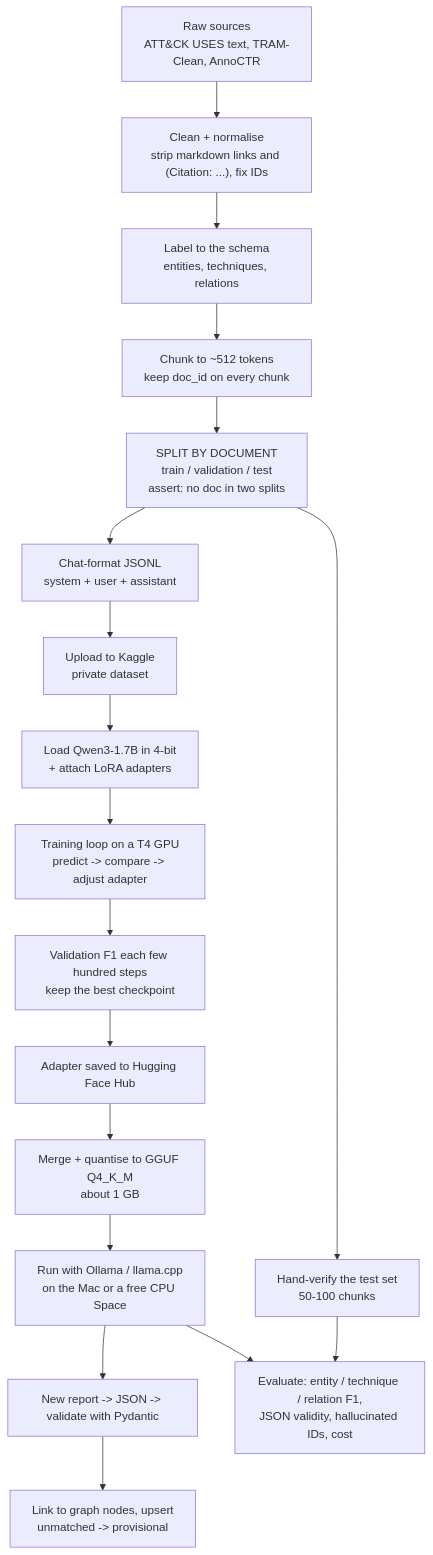
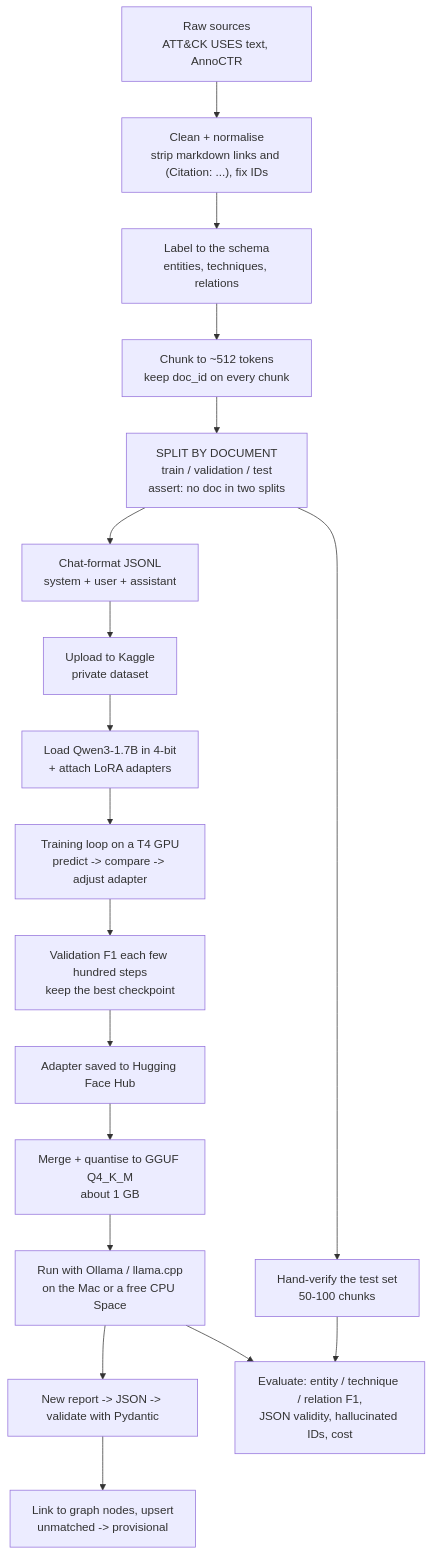
Before and after one commit to abhibarnwal707/redstring: the second of 2 diagrams in visualizer.md, drawn with Mermaid. The commit also changed other lines of this file and 20 other files, not shown here.

````diff
--- a/visualizer.md
+++ b/visualizer.md
@@ -248,20 +248,20 @@
 ```mermaid
 flowchart TD
-  A["Raw sources<br/>ATT&CK USES text, TRAM-Clean, AnnoCTR"] --> B["Clean + normalise<br/>strip markdown links and (Citation: ...), fix IDs"]
+  A["Raw sources<br/>ATT&CK USES text, AnnoCTR"] --> B["Clean + normalise<br/>strip markdown links and (Citation: ...), fix IDs"]
   B --> C["Label to the schema<br/>entities, techniques, relations"]
   C --> D["Chunk to ~512 tokens<br/>keep doc_id on every chunk"]
   D --> E["SPLIT BY DOCUMENT<br/>train / validation / test<br/>assert: no doc in two splits"]
   E --> F["Hand-verify the test set<br/>50-100 chunks"]
   E --> G["Chat-format JSONL<br/>system + user + assistant"]
   G --> H["Upload to Kaggle<br/>private dataset"]
   H --> I["Load Qwen3-1.7B in 4-bit<br/>+ attach LoRA adapters"]
   I --> J["Training loop on a T4 GPU<br/>predict -> compare -> adjust adapter"]
   J --> K["Validation F1 each few hundred steps<br/>keep the best checkpoint"]
   K --> L["Adapter saved to Hugging Face Hub"]
   L --> M["Merge + quantise to GGUF Q4_K_M<br/>about 1 GB"]
   M --> N["Run with Ollama / llama.cpp<br/>on the Mac or a free CPU Space"]
   N --> O["New report -> JSON -> validate with Pydantic"]
   O --> P["Link to graph nodes, upsert<br/>unmatched -> provisional"]
   F --> Q["Evaluate: entity / technique / relation F1,<br/>JSON validity, hallucinated IDs, cost"]
   N --> Q
 ```
````
